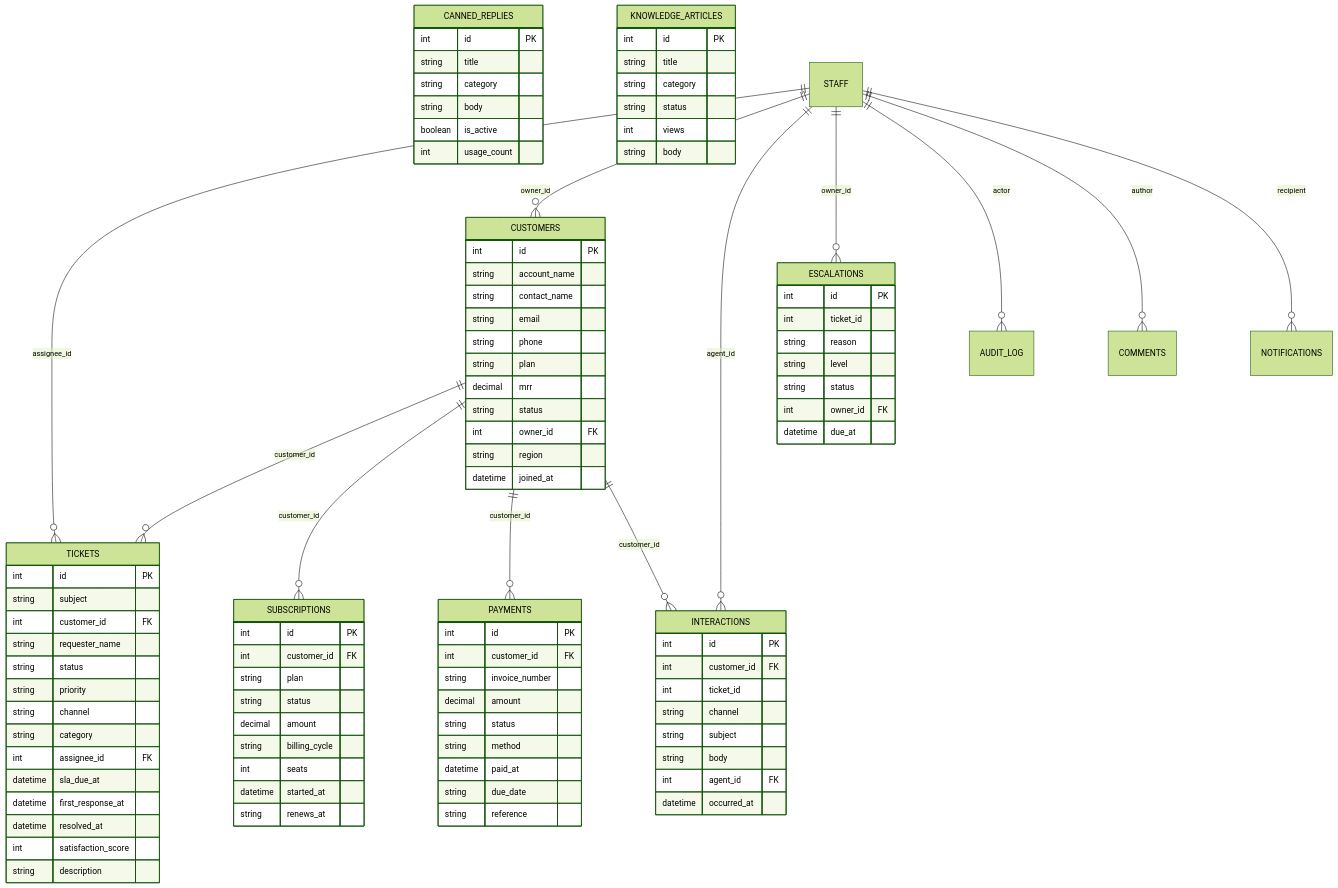
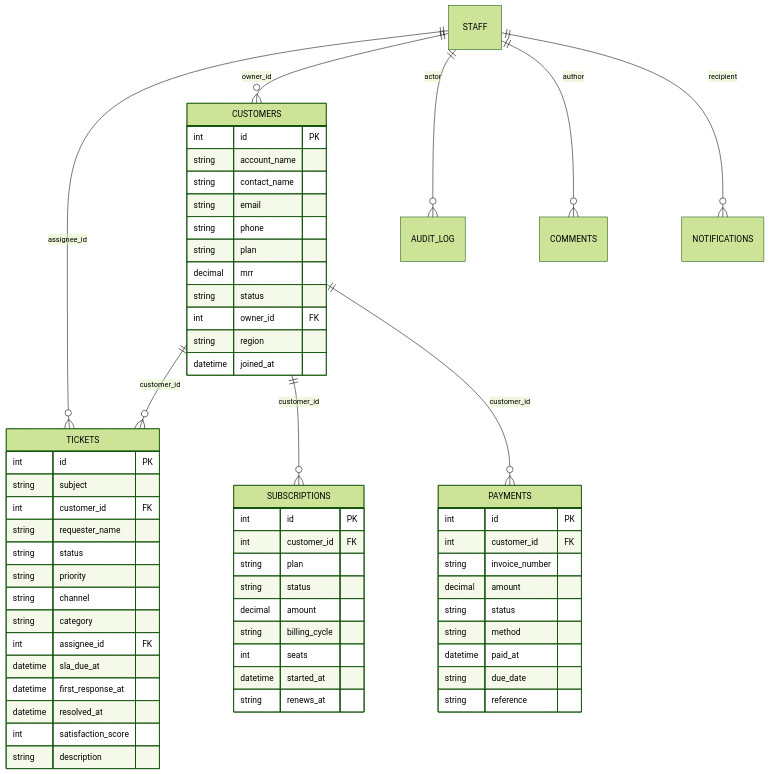
One commit to Jet-labs/jet-admin changed the diagram in marketplace/templates/customer-support-console/README.md. Above: the diagram before and after it, drawn with Mermaid (forest theme). The commit also changed other lines of this file and 202 other files, not shown here.

```diff
--- a/marketplace/templates/customer-support-console/README.md
+++ b/marketplace/templates/customer-support-console/README.md
@@ -106,49 +94,11 @@
     string due_date
     string reference
   }
-  INTERACTIONS {
-    int id PK
-    int customer_id FK
-    int ticket_id
-    string channel
-    string subject
-    string body
-    int agent_id FK
-    datetime occurred_at
-  }
-  CANNED_REPLIES {
-    int id PK
-    string title
-    string category
-    string body
-    boolean is_active
-    int usage_count
-  }
-  ESCALATIONS {
-    int id PK
-    int ticket_id
-    string reason
-    string level
-    string status
-    int owner_id FK
-    datetime due_at
-  }
-  KNOWLEDGE_ARTICLES {
-    int id PK
-    string title
-    string category
-    string status
-    int views
-    string body
-  }
   CUSTOMERS ||--o{ TICKETS : "customer_id"
   STAFF ||--o{ TICKETS : "assignee_id"
   STAFF ||--o{ CUSTOMERS : "owner_id"
   CUSTOMERS ||--o{ SUBSCRIPTIONS : "customer_id"
   CUSTOMERS ||--o{ PAYMENTS : "customer_id"
-  CUSTOMERS ||--o{ INTERACTIONS : "customer_id"
-  STAFF ||--o{ INTERACTIONS : "agent_id"
-  STAFF ||--o{ ESCALATIONS : "owner_id"
   STAFF ||--o{ AUDIT_LOG : actor
   STAFF ||--o{ COMMENTS : author
   STAFF ||--o{ NOTIFICATIONS : recipient
```
